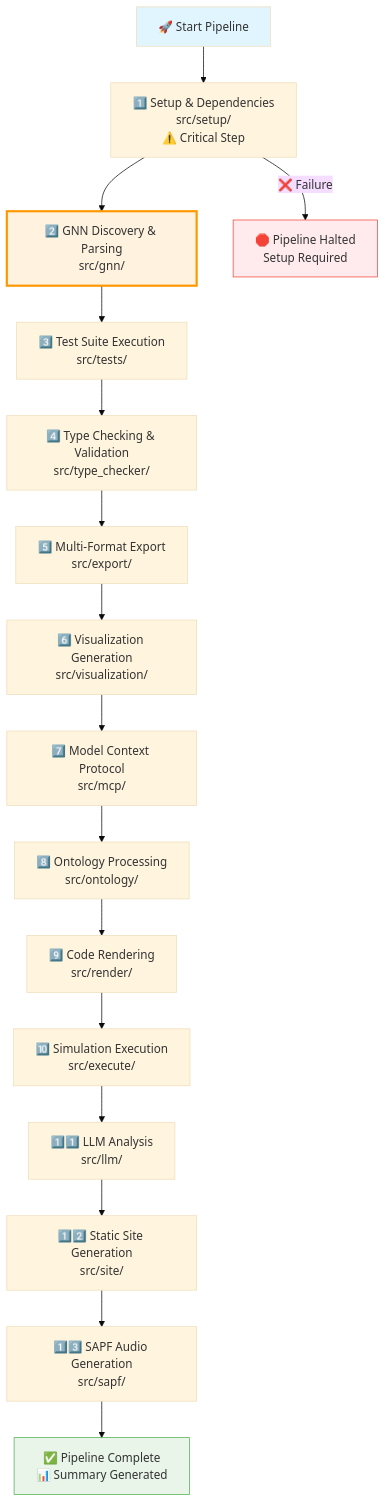
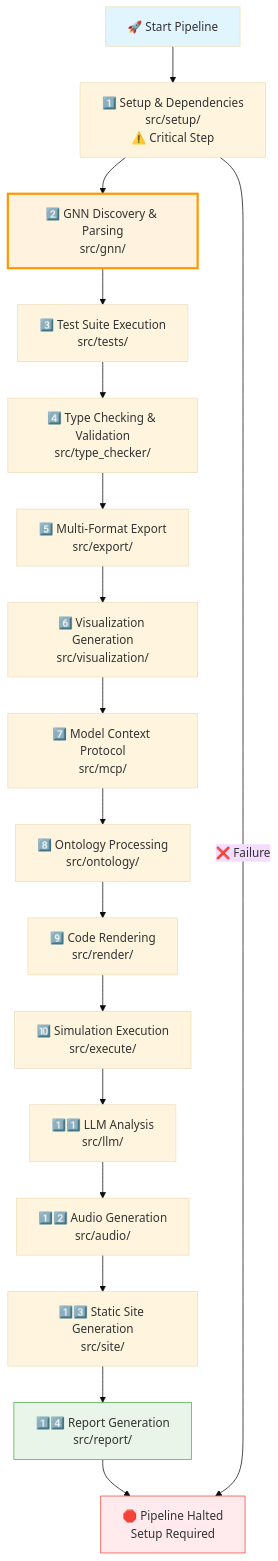
The third of 4 diagrams in README.md (ActiveInferenceInstitute/GeneralizedNotationNotation), drawn with Mermaid (base theme) before and after one commit. The commit also changed other lines of this file and 23 other files, not shown here.

````diff
--- a/README.md
+++ b/README.md
@@ -259,24 +261,25 @@
 ```mermaid
 flowchart TD
     A["🚀 Start Pipeline"] --> B["1️⃣ Setup & Dependencies<br/>src/setup/<br/>⚠️ Critical Step"]
     B --> C["2️⃣ GNN Discovery & Parsing<br/>src/gnn/"]
     C --> D["3️⃣ Test Suite Execution<br/>src/tests/"]
     D --> E["4️⃣ Type Checking & Validation<br/>src/type_checker/"]
     E --> F["5️⃣ Multi-Format Export<br/>src/export/"]
     F --> G["6️⃣ Visualization Generation<br/>src/visualization/"]
     G --> H["7️⃣ Model Context Protocol<br/>src/mcp/"]
     H --> I["8️⃣ Ontology Processing<br/>src/ontology/"]
     I --> J["9️⃣ Code Rendering<br/>src/render/"]
     J --> K["🔟 Simulation Execution<br/>src/execute/"]
     K --> L["1️⃣1️⃣ LLM Analysis<br/>src/llm/"]
-    L --> M["1️⃣2️⃣ Static Site Generation<br/>src/site/"]
-    M --> N["1️⃣3️⃣ SAPF Audio Generation<br/>src/sapf/"]
-    N --> O["✅ Pipeline Complete<br/>📊 Summary Generated"]
+    L --> M["1️⃣2️⃣ Audio Generation<br/>src/audio/"]
+    M --> N["1️⃣3️⃣ Static Site Generation<br/>src/site/"]
+    N --> O["1️⃣4️⃣ Report Generation<br/>src/report/"]
+    O --> P["✅ Pipeline Complete<br/>📊 Summary Generated"]
     
     B -->|❌ Failure| P["🛑 Pipeline Halted<br/>Setup Required"]
     
     style A fill:#e1f5fe
     style C fill:#fff3e0,stroke:#ff9800,stroke-width:3px
     style P fill:#ffebee,stroke:#f44336
     style O fill:#e8f5e8,stroke:#4caf50
 ```
````
